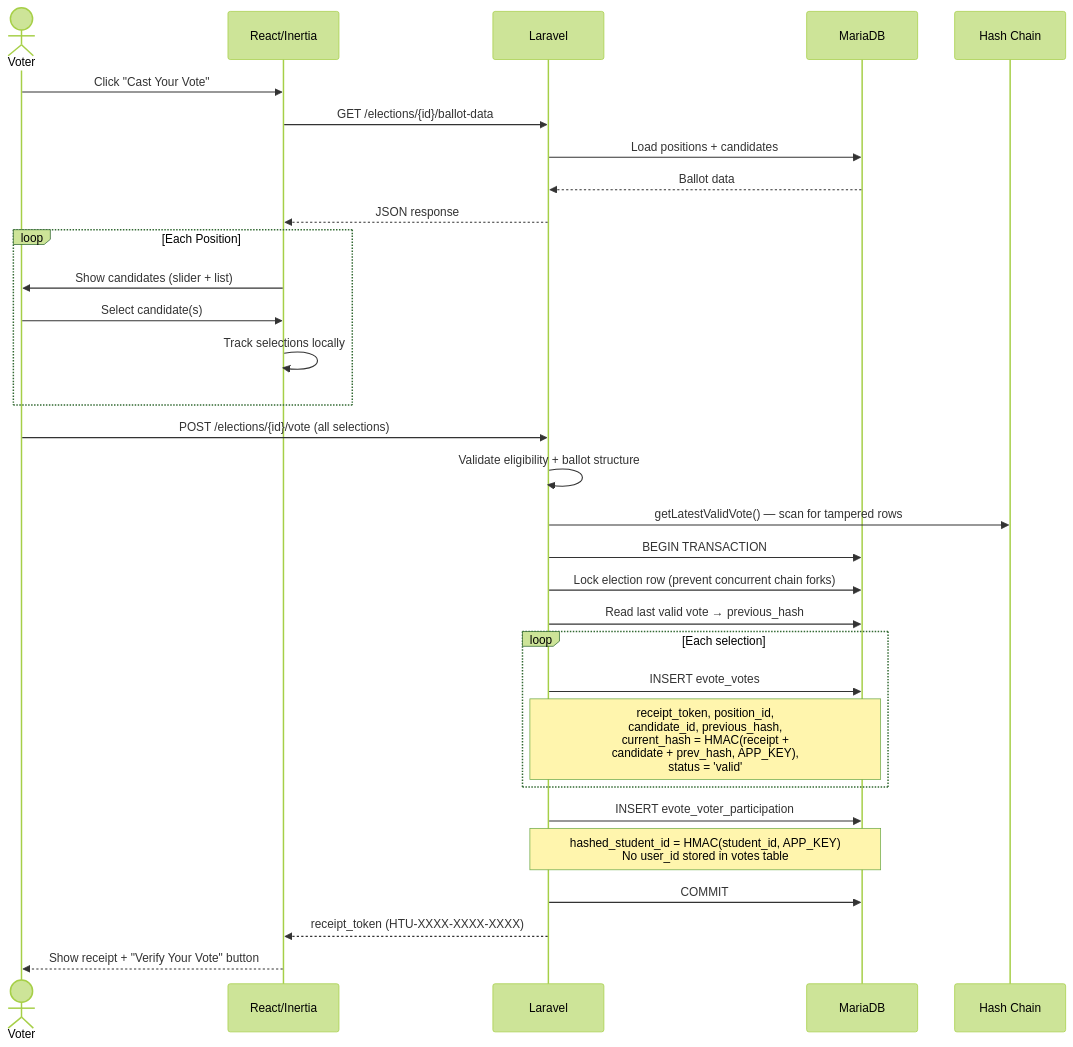
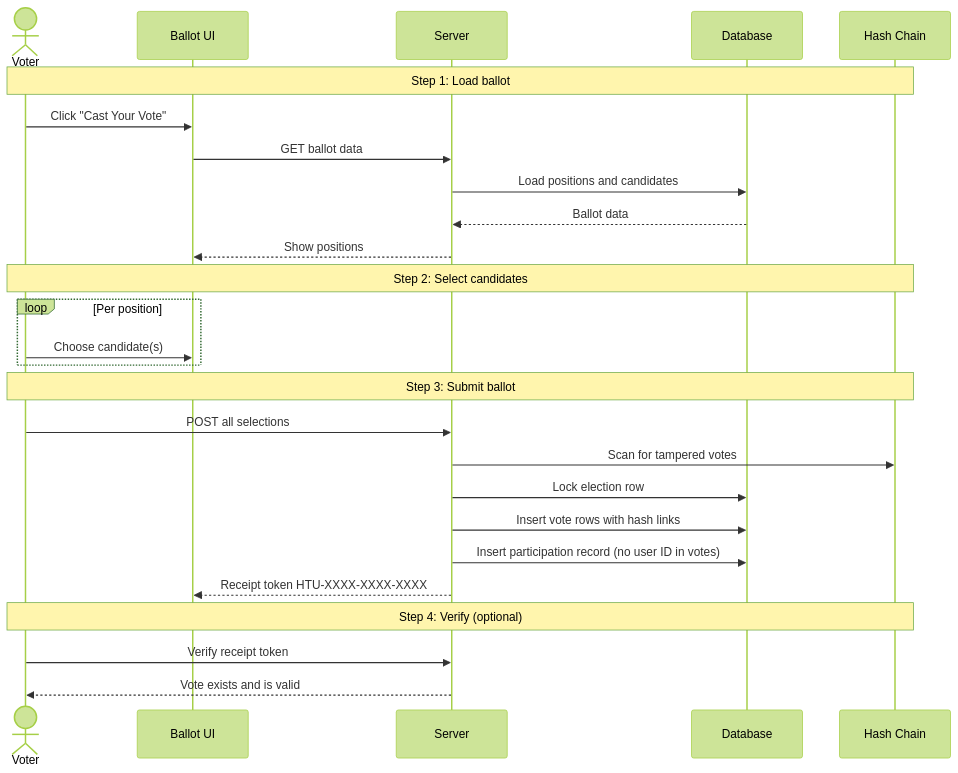
The first of 4 diagrams in docs/architecture.md (gutlibe/denkudi), drawn with Mermaid (forest theme) before and after one commit. The commit also changed other lines of this file and 3 other files, not shown here.

Commit message:
docs: add project documentation, architecture, stack, and setup guide

````diff
--- a/docs/architecture.md
+++ b/docs/architecture.md
@@ -5,41 +5,32 @@
 ```mermaid
 sequenceDiagram
     actor V as Voter
-    participant UI as React/Inertia
-    participant API as Laravel
-    participant DB as MariaDB
+    participant UI as Ballot UI
+    participant API as Server
+    participant DB as Database
     participant Chain as Hash Chain
 
+    Note over V,Chain: Step 1: Load ballot
     V->>UI: Click "Cast Your Vote"
-    UI->>API: GET /elections/{id}/ballot-data
-    API->>DB: Load positions + candidates
+    UI->>API: GET ballot data
+    API->>DB: Load positions and candidates
     DB-->>API: Ballot data
-    API-->>UI: JSON response
+    API-->>UI: Show positions
 
-    loop Each Position
-        UI->>V: Show candidates (slider + list)
-        V->>UI: Select candidate(s)
-        UI->>UI: Track selections locally
+    Note over V,Chain: Step 2: Select candidates
+    loop Per position
+        V->>UI: Choose candidate(s)
     end
 
-    V->>API: POST /elections/{id}/vote (all selections)
+    Note over V,Chain: Step 3: Submit ballot
+    V->>API: POST all selections
+    API->>Chain: Scan for tampered votes
+    API->>DB: Lock election row
+    API->>DB: Insert vote rows with hash links
+    API->>DB: Insert participation record (no user ID in votes)
+    API-->>UI: Receipt token HTU-XXXX-XXXX-XXXX
 
-    API->>API: Validate eligibility + ballot structure
-    API->>Chain: getLatestValidVote() — scan for tampered rows
-
-    API->>DB: BEGIN TRANSACTION
-    API->>DB: Lock election row (prevent concurrent chain forks)
-    API->>DB: Read last valid vote → previous_hash
-
-    loop Each selection
-        API->>DB: INSERT evote_votes
-        Note over API,DB: receipt_token, position_id,<br/>candidate_id, previous_hash,<br/>current_hash = HMAC(receipt +<br/>candidate + prev_hash, APP_KEY),<br/>status = 'valid'
-    end
-
-    API->>DB: INSERT evote_voter_participation
-    Note over API,DB: hashed_student_id = HMAC(student_id, APP_KEY)<br/>No user_id stored in votes table
-    API->>DB: COMMIT
-
-    API-->>UI: receipt_token (HTU-XXXX-XXXX-XXXX)
-    UI-->>V: Show receipt + "Verify Your Vote" button
+    Note over V,Chain: Step 4: Verify (optional)
+    V->>API: Verify receipt token
+    API-->>V: Vote exists and is valid
 ```
````
